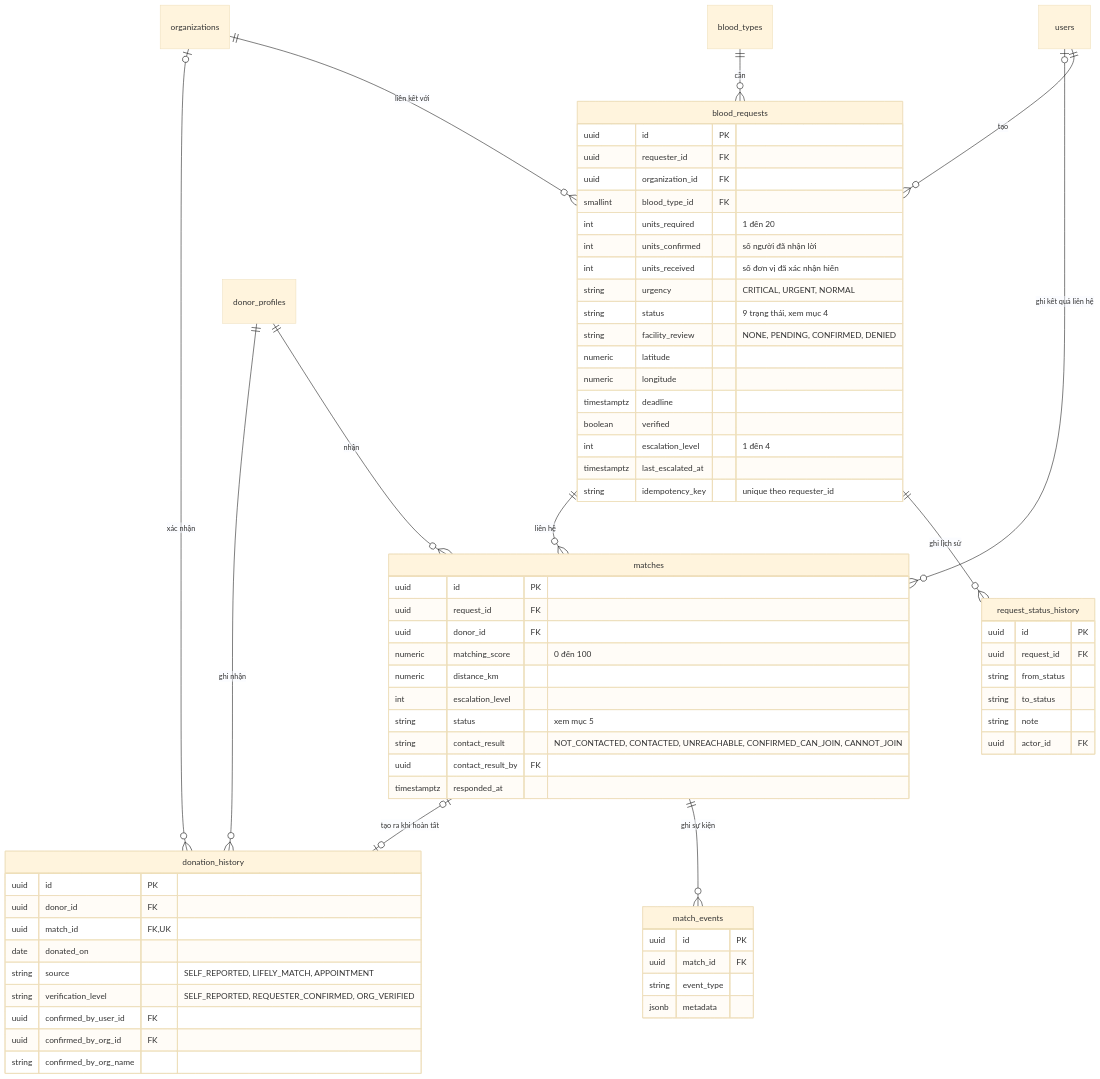
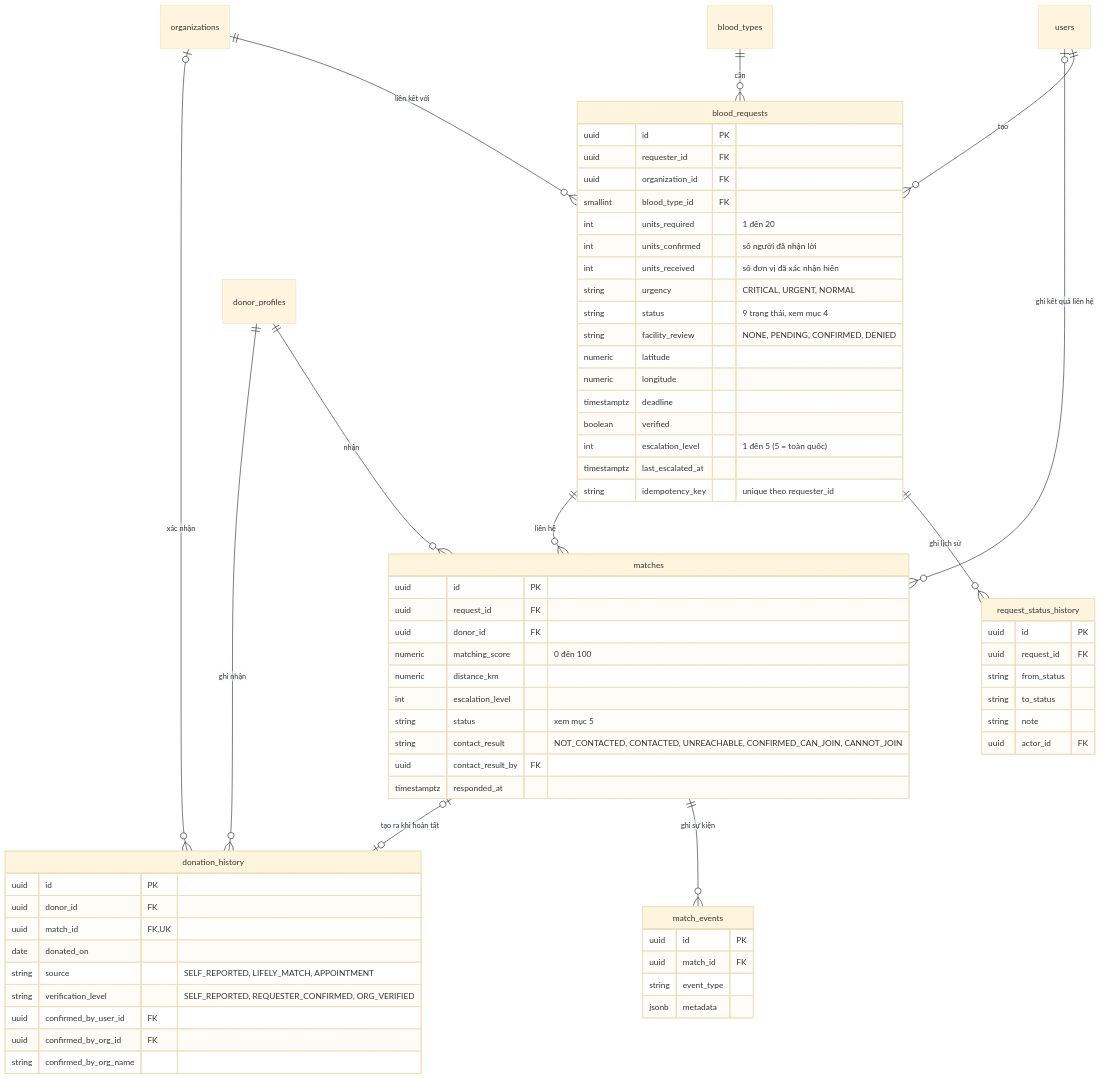
The third of 18 diagrams in docs/ARCHITECTURE.md (nhungoc260/lifely_demo), drawn with Mermaid (base theme) before and after one commit. The commit also changed other lines of this file and 10 other files, not shown here.

Commit message:
Thêm cấp tìm kiếm toàn quốc, nhóm máu hiếm tìm toàn quốc ngay, tự nhảy cấp khi không có người hiến

````diff
--- a/docs/ARCHITECTURE.md
+++ b/docs/ARCHITECTURE.md
@@ -188,71 +188,71 @@
 ```mermaid
 erDiagram
   users ||--o{ blood_requests : "tạo"
   organizations ||--o{ blood_requests : "liên kết với"
   blood_types ||--o{ blood_requests : "cần"
   blood_requests ||--o{ request_status_history : "ghi lịch sử"
   blood_requests ||--o{ matches : "liên hệ"
   donor_profiles ||--o{ matches : "nhận"
   matches ||--o{ match_events : "ghi sự kiện"
   donor_profiles ||--o{ donation_history : "ghi nhận"
   matches |o--o| donation_history : "tạo ra khi hoàn tất"
   organizations |o--o{ donation_history : "xác nhận"
   users |o--o{ matches : "ghi kết quả liên hệ"
 
   blood_requests {
     uuid id PK
     uuid requester_id FK
     uuid organization_id FK
     smallint blood_type_id FK
     int units_required "1 đến 20"
     int units_confirmed "số người đã nhận lời"
     int units_received "số đơn vị đã xác nhận hiến"
     string urgency "CRITICAL, URGENT, NORMAL"
     string status "9 trạng thái, xem mục 4"
     string facility_review "NONE, PENDING, CONFIRMED, DENIED"
     numeric latitude
     numeric longitude
     timestamptz deadline
     boolean verified
-    int escalation_level "1 đến 4"
+    int escalation_level "1 đến 5 (5 = toàn quốc)"
     timestamptz last_escalated_at
     string idempotency_key "unique theo requester_id"
   }
   request_status_history {
     uuid id PK
     uuid request_id FK
     string from_status
     string to_status
     string note
     uuid actor_id FK
   }
   matches {
     uuid id PK
     uuid request_id FK
     uuid donor_id FK
     numeric matching_score "0 đến 100"
     numeric distance_km
     int escalation_level
     string status "xem mục 5"
     string contact_result "NOT_CONTACTED, CONTACTED, UNREACHABLE, CONFIRMED_CAN_JOIN, CANNOT_JOIN"
     uuid contact_result_by FK
     timestamptz responded_at
   }
   match_events {
     uuid id PK
     uuid match_id FK
     string event_type
     jsonb metadata
   }
   donation_history {
     uuid id PK
     uuid donor_id FK
     uuid match_id FK, UK
     date donated_on
     string source "SELF_REPORTED, LIFELY_MATCH, APPOINTMENT"
     string verification_level "SELF_REPORTED, REQUESTER_CONFIRMED, ORG_VERIFIED"
     uuid confirmed_by_user_id FK
     uuid confirmed_by_org_id FK
     string confirmed_by_org_name
   }
 ```
````
